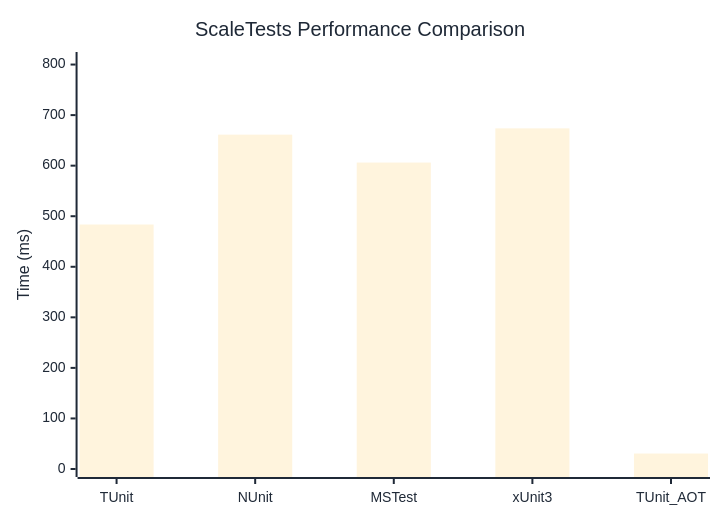
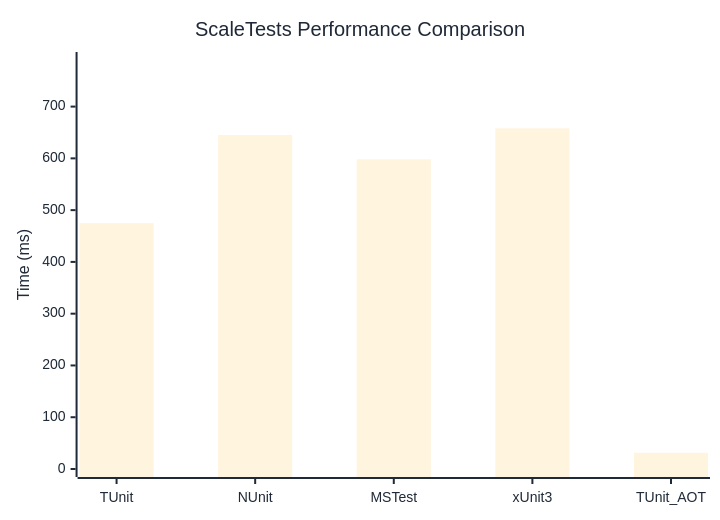
The diagram in docs/docs/benchmarks/ScaleTests.md (thomhurst/TUnit), drawn with Mermaid before and after one commit. The commit also changed other lines of this file and 17 other files, not shown here.

````diff
--- a/docs/docs/benchmarks/ScaleTests.md
+++ b/docs/docs/benchmarks/ScaleTests.md
@@ -27,37 +27,37 @@
 ```mermaid
 %%{init: {
   'theme':'base',
   'themeVariables': {
     'primaryColor': '#2563eb',
     'primaryTextColor': '#1f2937',
     'primaryBorderColor': '#1e40af',
     'lineColor': '#6b7280',
     'secondaryColor': '#7c3aed',
     'tertiaryColor': '#dc2626',
     'background': '#ffffff',
     'mainBkg': '#2563eb',
     'secondBkg': '#7c3aed',
     'tertiaryBkg': '#dc2626',
     'clusterBkg': '#f3f4f6',
     'edgeLabelBackground': '#ffffff',
     'tertiaryTextColor': '#1f2937',
     'pie1': '#2563eb',
     'pie2': '#7c3aed',
     'pie3': '#dc2626',
     'pie4': '#f59e0b',
     'pie5': '#10b981',
     'pie6': '#06b6d4',
     'pie7': '#ec4899',
     'pie8': '#6366f1',
     'pie9': '#84cc16',
     'pie10': '#f97316',
     'pie11': '#14b8a6',
     'pie12': '#a855f7'
   }
 }}%%
 xychart-beta
   title "ScaleTests Performance Comparison"
   x-axis ["TUnit", "NUnit", "MSTest", "xUnit3", "TUnit_AOT"]
-  y-axis "Time (ms)" 0 --> 809
-  bar [483.61, 661.32, 606.12, 673.78, 30.62]
+  y-axis "Time (ms)" 0 --> 790
+  bar [474.95, 645.26, 598.21, 657.98, 31.27]
 ```
````
